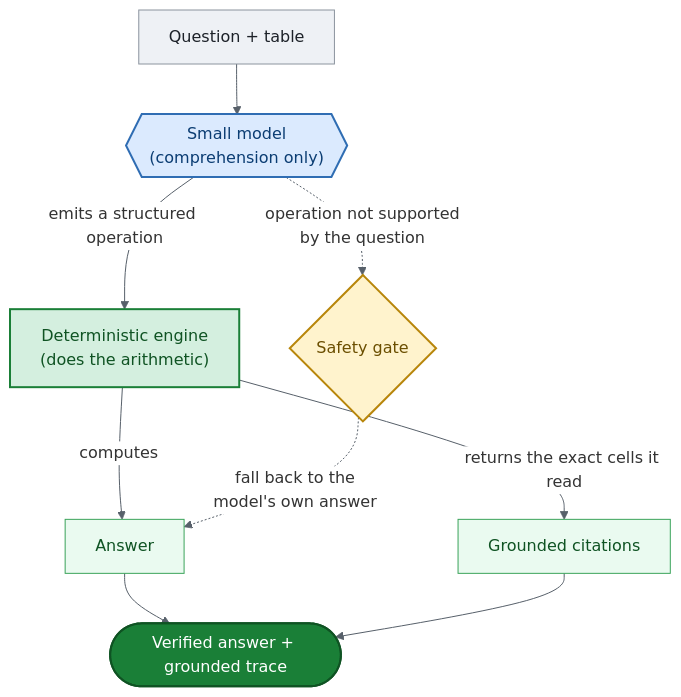
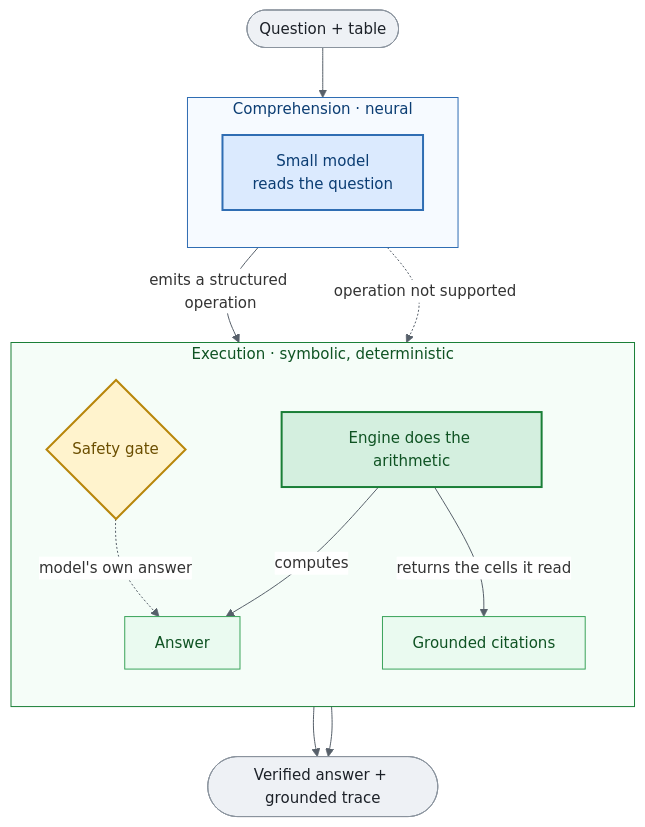
The diagram in README.md (AmandineFlachs/grounded-table-sft), drawn with Mermaid before and after one commit.

Commit message:
docs: restructure flowchart into two labeled stages for a cleaner look
Group the pipeline into "Comprehension (neural)" and "Execution (symbolic,
deterministic)" subgraphs with a straight top-to-bottom spine and rounded
terminal nodes. Reads as a proper two-stage neuro-symbolic pipeline and
aligns better than the loose node layout.

````diff
--- a/README.md
+++ b/README.md
@@ -33,19 +33,29 @@
 ```mermaid
-%%{init: {'theme':'base', 'themeVariables': {'lineColor':'#57606a','edgeLabelBackground':'#ffffff'}}}%%
+%%{init: {'theme':'base','themeVariables':{'lineColor':'#57606a','edgeLabelBackground':'#ffffff','fontSize':'15px'}}}%%
 flowchart TB
-    Q["Question + table"]:::input --> M{{"Small model<br/>(comprehension only)"}}:::model
-    M -->|"emits a structured operation"| E["Deterministic engine<br/>(does the arithmetic)"]:::engine
-    M -.->|"operation not supported<br/>by the question"| GATE{"Safety gate"}:::gate
-    E -->|"computes"| A["Answer"]:::answer
-    E -->|"returns the exact cells it read"| G["Grounded citations"]:::answer
-    GATE -.->|"fall back to the<br/>model's own answer"| A
-    A --> OUT(["Verified answer + grounded trace"]):::output
+    Q(["Question + table"]):::io --> M
+    subgraph COMP ["Comprehension · neural"]
+        direction TB
+        M["Small model<br/>reads the question"]:::model
+    end
+    subgraph EXEC ["Execution · symbolic, deterministic"]
+        direction TB
+        E["Engine does the arithmetic"]:::engine
+        E -->|"computes"| A["Answer"]:::out
+        E -->|"returns the cells it read"| G["Grounded citations"]:::out
+        GATE{"Safety gate"}:::gate
+        GATE -.->|"model's own answer"| A
+    end
+    M -->|"emits a structured operation"| E
+    M -.->|"operation not supported"| GATE
+    A --> OUT(["Verified answer + grounded trace"]):::io
     G --> OUT
 
-    classDef input  fill:#eef1f5,stroke:#8b949e,color:#1c2128
+    style COMP fill:#f6faff,stroke:#2f6db3,color:#0b3d73
+    style EXEC fill:#f5fdf8,stroke:#1a7f37,color:#0f5323
+    classDef io     fill:#eef1f5,stroke:#8b949e,color:#1c2128
     classDef model  fill:#dbeafe,stroke:#2f6db3,color:#0b3d73,stroke-width:2px
     classDef engine fill:#d4efdf,stroke:#1a7f37,color:#0f5323,stroke-width:2px
-    classDef answer fill:#eafaf0,stroke:#3aa35a,color:#0f5323
+    classDef out    fill:#eafaf0,stroke:#3aa35a,color:#0f5323
     classDef gate   fill:#fff3cd,stroke:#b8860b,color:#6b4e00,stroke-width:2px
-    classDef output fill:#1a7f37,stroke:#0f5323,color:#ffffff,stroke-width:2px
 ```
````
